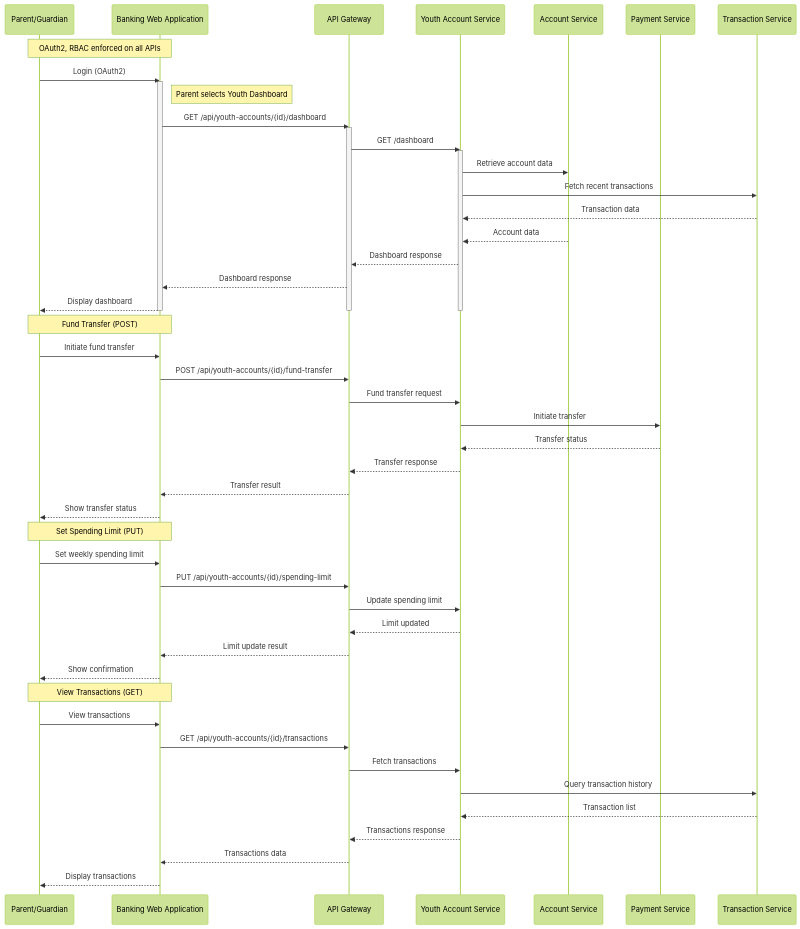
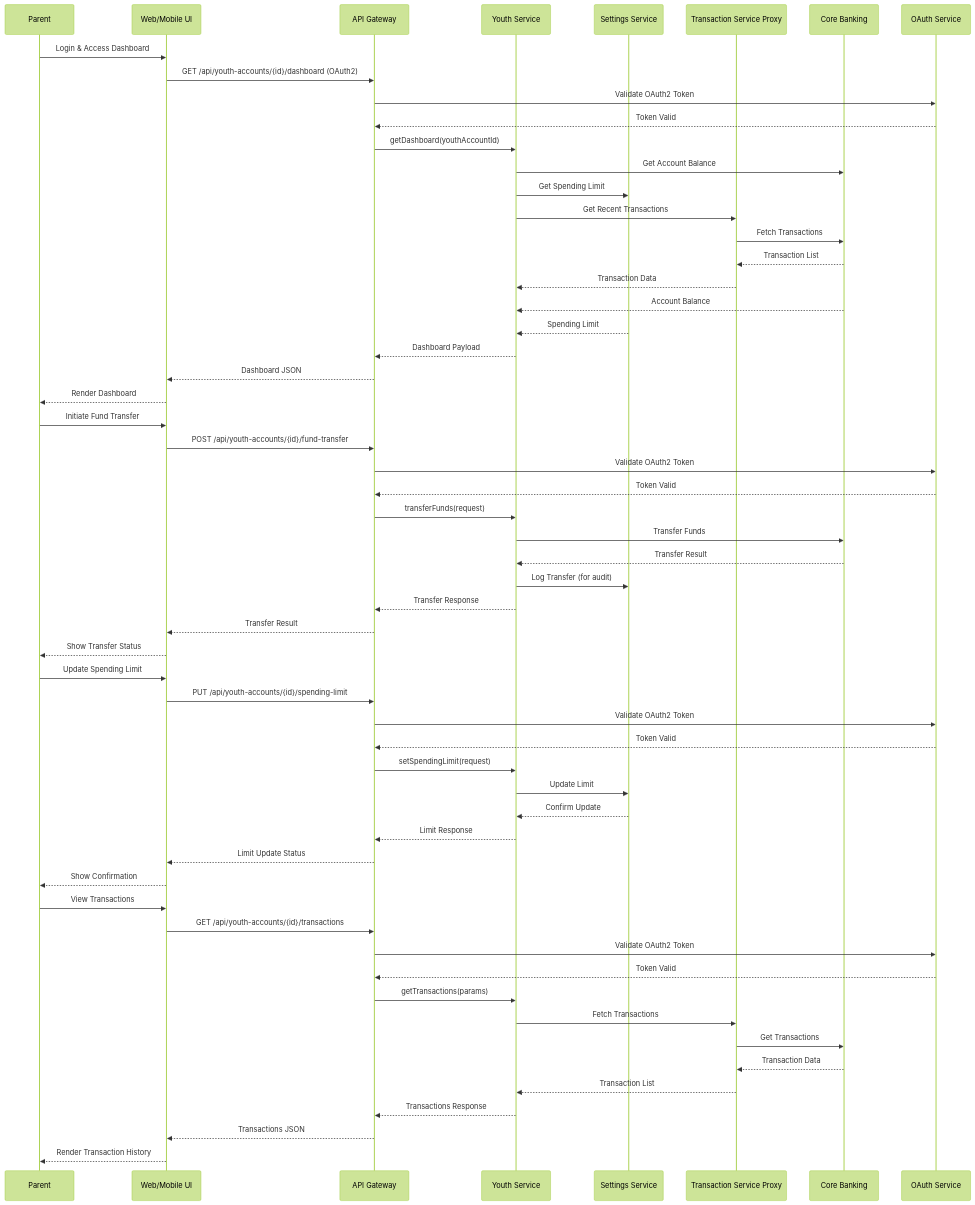
Before and after one commit to Ascend-Krithi/SCIB-Inception: the diagram in Components and Sequence Diagrams/sequence_diagram.mmd, drawn with Mermaid (forest theme). The commit also changed 1 other file, not shown here.

```diff
--- a/Components and Sequence Diagrams/sequence_diagram.mmd
+++ b/Components and Sequence Diagrams/sequence_diagram.mmd
@@ -1,52 +1,63 @@
-%% Sequence Diagram for Parent-Managed Youth Account APIs
+%% Sequence Diagram for Youth Account Management APIs
 sequenceDiagram
-    participant Parent as Parent/Guardian
-    participant WebApp as Banking Web Application
-    participant APIGateway as API Gateway
-    participant YouthService as Youth Account Service
-    participant AccountService as Account Service
-    participant PaymentService as Payment Service
-    participant TransactionService as Transaction Service
-    Note over Parent,WebApp: OAuth2, RBAC enforced on all APIs
-    Parent->>WebApp: Login (OAuth2)
-    activate WebApp
-    Note right of WebApp: Parent selects Youth Dashboard
-    WebApp->>APIGateway: GET /api/youth-accounts/{id}/dashboard
-    activate APIGateway
-    APIGateway->>YouthService: GET /dashboard
-    activate YouthService
-    YouthService->>AccountService: Retrieve account data
-    YouthService->>TransactionService: Fetch recent transactions
-    TransactionService-->>YouthService: Transaction data
-    AccountService-->>YouthService: Account data
-    YouthService-->>APIGateway: Dashboard response
-    APIGateway-->>WebApp: Dashboard response
-    WebApp-->>Parent: Display dashboard
-    deactivate YouthService
-    deactivate APIGateway
-    deactivate WebApp
-    Note over Parent,WebApp: Fund Transfer (POST)
-    Parent->>WebApp: Initiate fund transfer
-    WebApp->>APIGateway: POST /api/youth-accounts/{id}/fund-transfer
-    APIGateway->>YouthService: Fund transfer request
-    YouthService->>PaymentService: Initiate transfer
-    PaymentService-->>YouthService: Transfer status
-    YouthService-->>APIGateway: Transfer response
-    APIGateway-->>WebApp: Transfer result
-    WebApp-->>Parent: Show transfer status
-    Note over Parent,WebApp: Set Spending Limit (PUT)
-    Parent->>WebApp: Set weekly spending limit
-    WebApp->>APIGateway: PUT /api/youth-accounts/{id}/spending-limit
-    APIGateway->>YouthService: Update spending limit
-    YouthService-->>APIGateway: Limit updated
-    APIGateway-->>WebApp: Limit update result
-    WebApp-->>Parent: Show confirmation
-    Note over Parent,WebApp: View Transactions (GET)
-    Parent->>WebApp: View transactions
-    WebApp->>APIGateway: GET /api/youth-accounts/{id}/transactions
-    APIGateway->>YouthService: Fetch transactions
-    YouthService->>TransactionService: Query transaction history
-    TransactionService-->>YouthService: Transaction list
-    YouthService-->>APIGateway: Transactions response
-    APIGateway-->>WebApp: Transactions data
-    WebApp-->>Parent: Display transactions
+    participant Parent
+    participant WebUI as Web/Mobile UI
+    participant APIGW as API Gateway
+    participant YouthAPI as Youth Service
+    participant Settings as Settings Service
+    participant TxnProxy as Transaction Service Proxy
+    participant CoreBank as Core Banking
+    participant Auth as OAuth Service
+
+    Parent->>WebUI: Login & Access Dashboard
+    WebUI->>APIGW: GET /api/youth-accounts/{id}/dashboard (OAuth2)
+    APIGW->>Auth: Validate OAuth2 Token
+    Auth-->>APIGW: Token Valid
+    APIGW->>YouthAPI: getDashboard(youthAccountId)
+    YouthAPI->>CoreBank: Get Account Balance
+    YouthAPI->>Settings: Get Spending Limit
+    YouthAPI->>TxnProxy: Get Recent Transactions
+    TxnProxy->>CoreBank: Fetch Transactions
+    CoreBank-->>TxnProxy: Transaction List
+    TxnProxy-->>YouthAPI: Transaction Data
+    CoreBank-->>YouthAPI: Account Balance
+    Settings-->>YouthAPI: Spending Limit
+    YouthAPI-->>APIGW: Dashboard Payload
+    APIGW-->>WebUI: Dashboard JSON
+    WebUI-->>Parent: Render Dashboard
+
+    Parent->>WebUI: Initiate Fund Transfer
+    WebUI->>APIGW: POST /api/youth-accounts/{id}/fund-transfer
+    APIGW->>Auth: Validate OAuth2 Token
+    Auth-->>APIGW: Token Valid
+    APIGW->>YouthAPI: transferFunds(request)
+    YouthAPI->>CoreBank: Transfer Funds
+    CoreBank-->>YouthAPI: Transfer Result
+    YouthAPI->>Settings: Log Transfer (for audit)
+    YouthAPI-->>APIGW: Transfer Response
+    APIGW-->>WebUI: Transfer Result
+    WebUI-->>Parent: Show Transfer Status
+
+    Parent->>WebUI: Update Spending Limit
+    WebUI->>APIGW: PUT /api/youth-accounts/{id}/spending-limit
+    APIGW->>Auth: Validate OAuth2 Token
+    Auth-->>APIGW: Token Valid
+    APIGW->>YouthAPI: setSpendingLimit(request)
+    YouthAPI->>Settings: Update Limit
+    Settings-->>YouthAPI: Confirm Update
+    YouthAPI-->>APIGW: Limit Response
+    APIGW-->>WebUI: Limit Update Status
+    WebUI-->>Parent: Show Confirmation
+
+    Parent->>WebUI: View Transactions
+    WebUI->>APIGW: GET /api/youth-accounts/{id}/transactions
+    APIGW->>Auth: Validate OAuth2 Token
+    Auth-->>APIGW: Token Valid
+    APIGW->>YouthAPI: getTransactions(params)
+    YouthAPI->>TxnProxy: Fetch Transactions
+    TxnProxy->>CoreBank: Get Transactions
+    CoreBank-->>TxnProxy: Transaction Data
+    TxnProxy-->>YouthAPI: Transaction List
+    YouthAPI-->>APIGW: Transactions Response
+    APIGW-->>WebUI: Transactions JSON
+    WebUI-->>Parent: Render Transaction History
```
